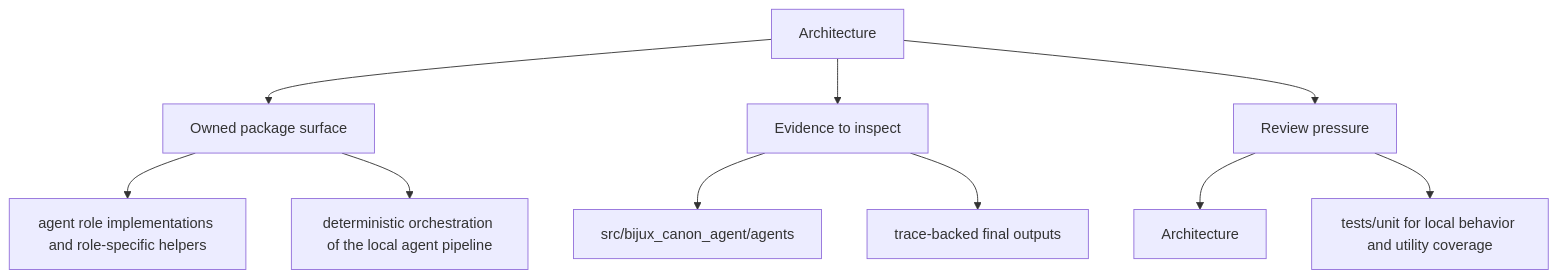
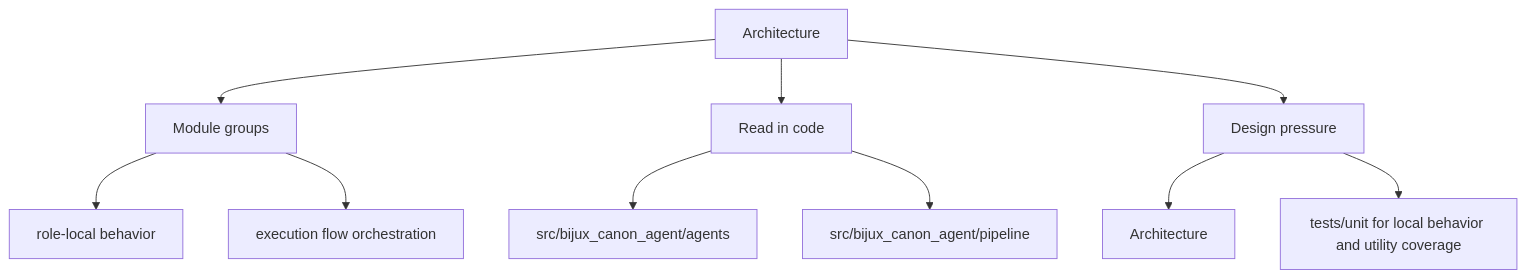
One commit to bijux/bijux-canon changed the second of 2 diagrams in docs/bijux-canon-agent/architecture/index.md. Above: the diagram before and after it, drawn with Mermaid. The commit also changed other lines of this file and 250 other files, not shown here.

Commit message:
docs(diagrams): make product page maps more readable

````diff
--- a/docs/bijux-canon-agent/architecture/index.md
+++ b/docs/bijux-canon-agent/architecture/index.md
@@ -32,22 +32,22 @@
 ```mermaid
 flowchart TD
     page["Architecture"]
-    focus1["Owned package surface"]
+    focus1["Module groups"]
     page --> focus1
-    focus1_1["agent role implementations and role-specific helpers"]
+    focus1_1["role-local behavior"]
     focus1 --> focus1_1
-    focus1_2["deterministic orchestration of the local agent pipeline"]
+    focus1_2["execution flow orchestration"]
     focus1 --> focus1_2
-    focus2["Evidence to inspect"]
+    focus2["Read in code"]
     page --> focus2
     focus2_1["src/bijux_canon_agent/agents"]
     focus2 --> focus2_1
-    focus2_2["trace-backed final outputs"]
+    focus2_2["src/bijux_canon_agent/pipeline"]
     focus2 --> focus2_2
-    focus3["Review pressure"]
+    focus3["Design pressure"]
     page --> focus3
     focus3_1["Architecture"]
     focus3 --> focus3_1
     focus3_2["tests/unit for local behavior and utility coverage"]
     focus3 --> focus3_2
 ```
````
